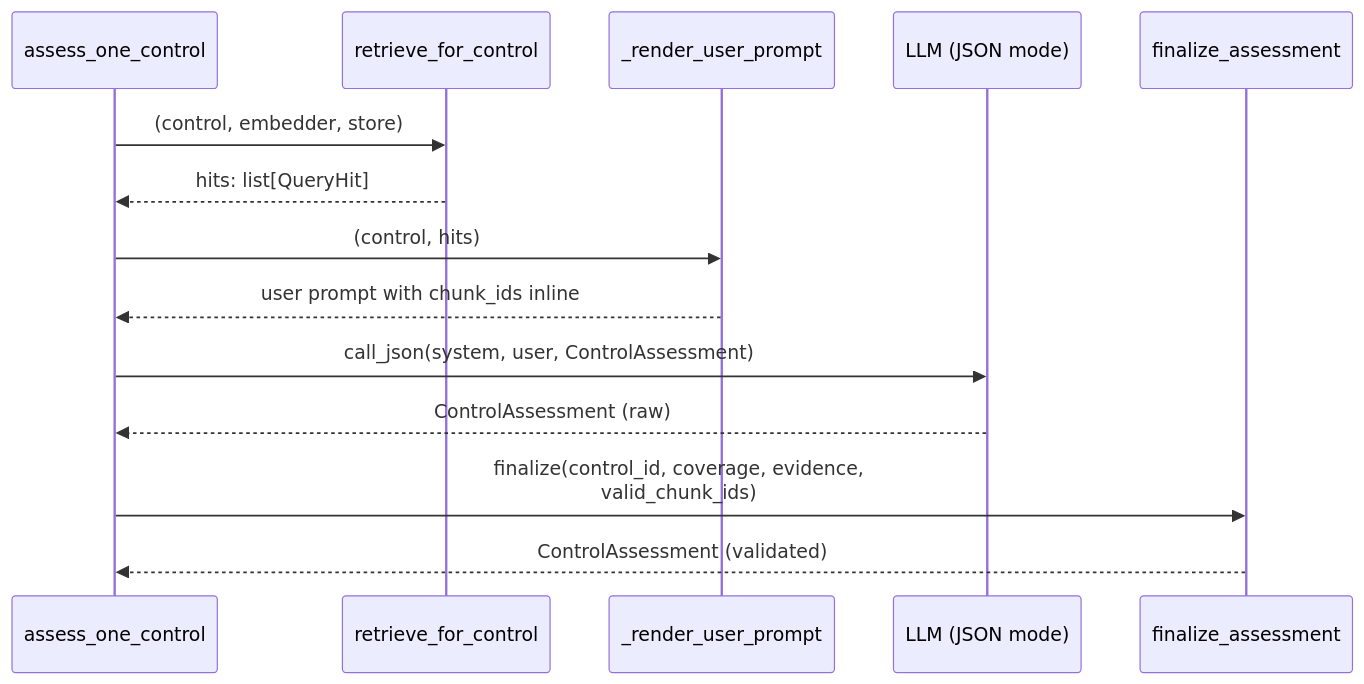
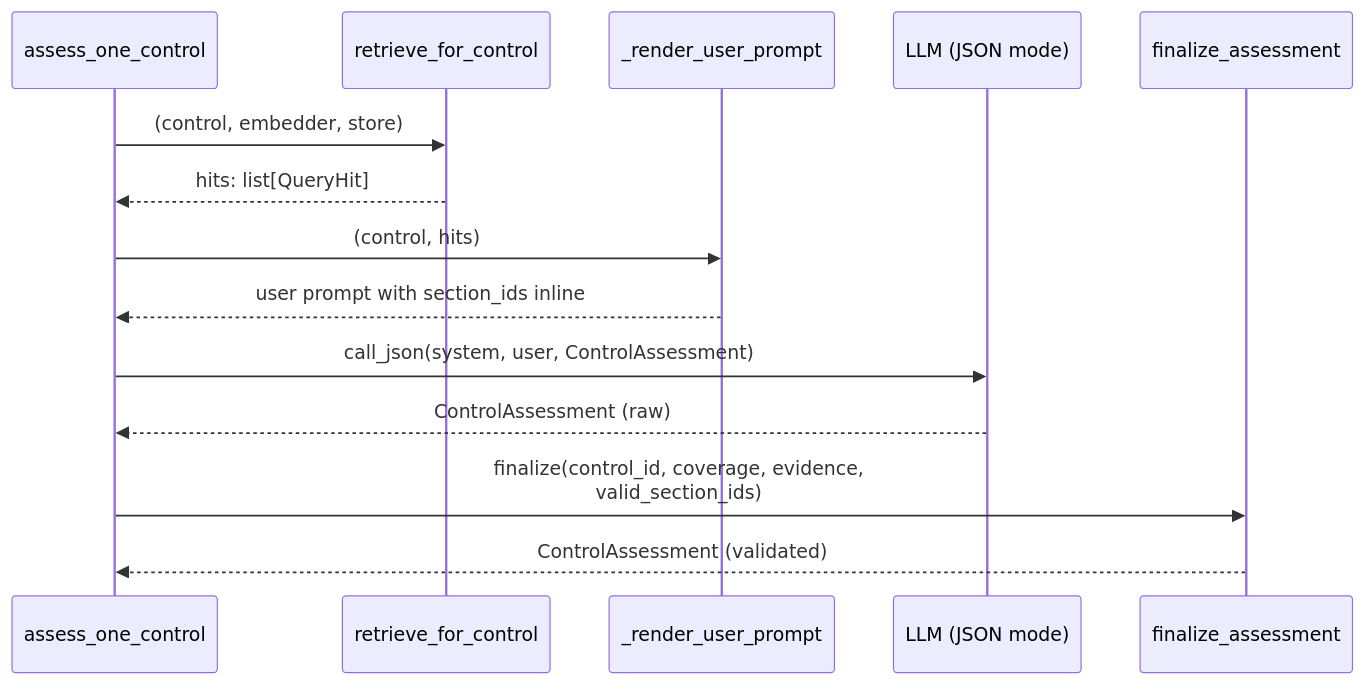
The seventh of 9 diagrams in docs/architecture.md (antoinebon/ai-auditor), drawn with Mermaid before and after one commit. The commit also changed other lines of this file and 2 other files, not shown here.

Commit message:
docs: update for section-level evidence citations

````diff
--- a/docs/architecture.md
+++ b/docs/architecture.md
@@ -552,17 +570,17 @@
 ```mermaid
 sequenceDiagram
     participant N as assess_one_control
     participant R as retrieve_for_control
     participant P as _render_user_prompt
     participant L as LLM (JSON mode)
     participant F as finalize_assessment
 
     N->>R: (control, embedder, store)
     R-->>N: hits: list[QueryHit]
     N->>P: (control, hits)
-    P-->>N: user prompt with chunk_ids inline
+    P-->>N: user prompt with section_ids inline
     N->>L: call_json(system, user, ControlAssessment)
     L-->>N: ControlAssessment (raw)
-    N->>F: finalize(control_id, coverage, evidence,<br/>valid_chunk_ids)
+    N->>F: finalize(control_id, coverage, evidence,<br/>valid_section_ids)
     F-->>N: ControlAssessment (validated)
 ```
````
